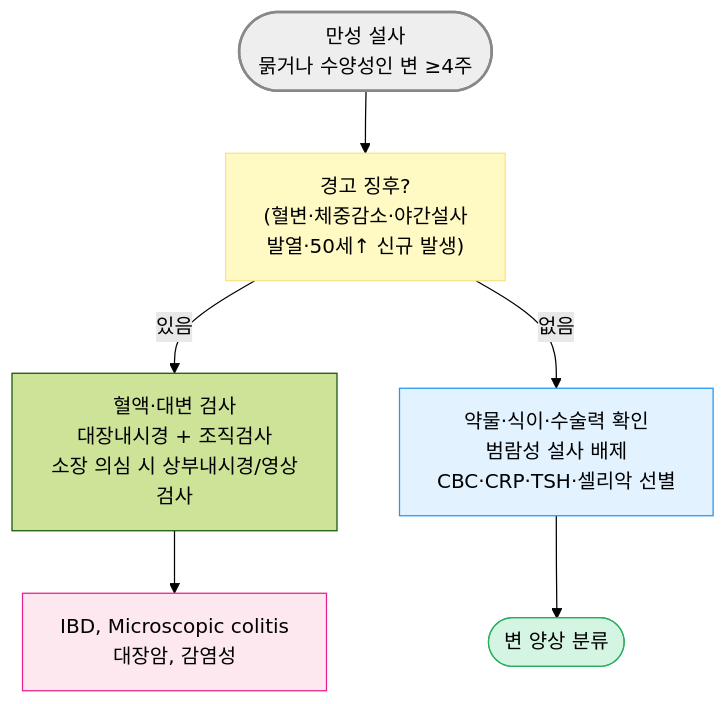
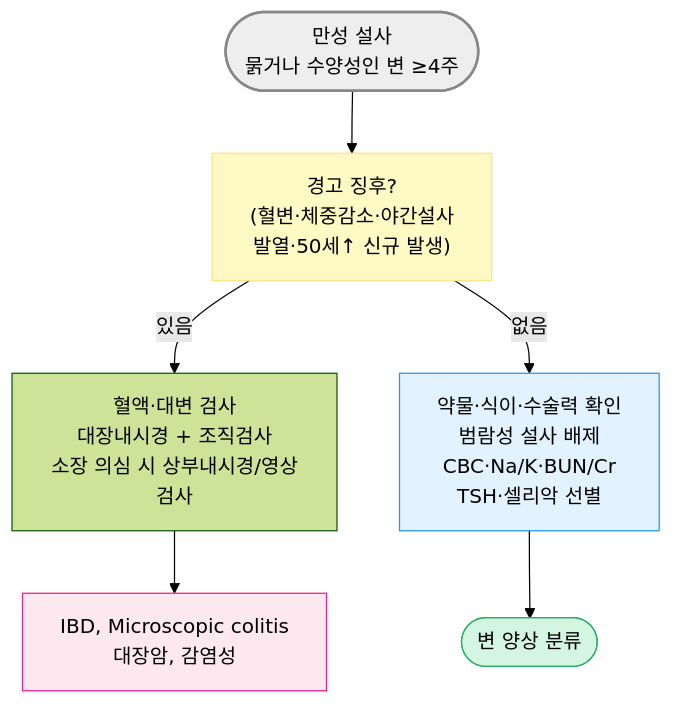
Before and after one commit to familyoh77/familyoh77: the first of 2 diagrams in 224_/084_-chronic-diarrhea.md, drawn with Mermaid (forest theme). The commit also changed other lines of this file and 13 other files, not shown here.

````diff
--- a/224_/084_-chronic-diarrhea.md
+++ b/224_/084_-chronic-diarrhea.md
@@ -194,16 +198,16 @@
 ```mermaid
 graph TD
     Start(["만성 설사<br/>묽거나 수양성인 변 ≥4주"])
     Start --> RF["경고 징후?<br/>(혈변·체중감소·야간설사<br/>발열·50세↑ 신규 발생)"]
     RF -- "있음" --> Scope["혈액·대변 검사<br/>대장내시경 + 조직검사<br/>소장 의심 시 상부내시경/영상검사"]
-    RF -- "없음" --> Initial["약물·식이·수술력 확인<br/>범람성 설사 배제<br/>CBC·CRP·TSH·셀리악 선별"]
+    RF -- "없음" --> Initial["약물·식이·수술력 확인<br/>범람성 설사 배제<br/>CBC·Na/K·BUN/Cr<br/>TSH·셀리악 선별"]
     Initial --> Phenotype(["변 양상 분류"])
     Scope --> OrgDx["IBD, Microscopic colitis<br/>대장암, 감염성"]
 
 style Start fill:#eeeeee,stroke:#888888,stroke-width:2px
 style RF fill:#fff9c4,stroke:#ffe082
 style Initial fill:#e3f2ff,stroke:#2196f3
 style OrgDx fill:#fde8f0,stroke:#e91e8c
 style Phenotype fill:#d5f5e3,stroke:#27ae60
 
 ```
````
